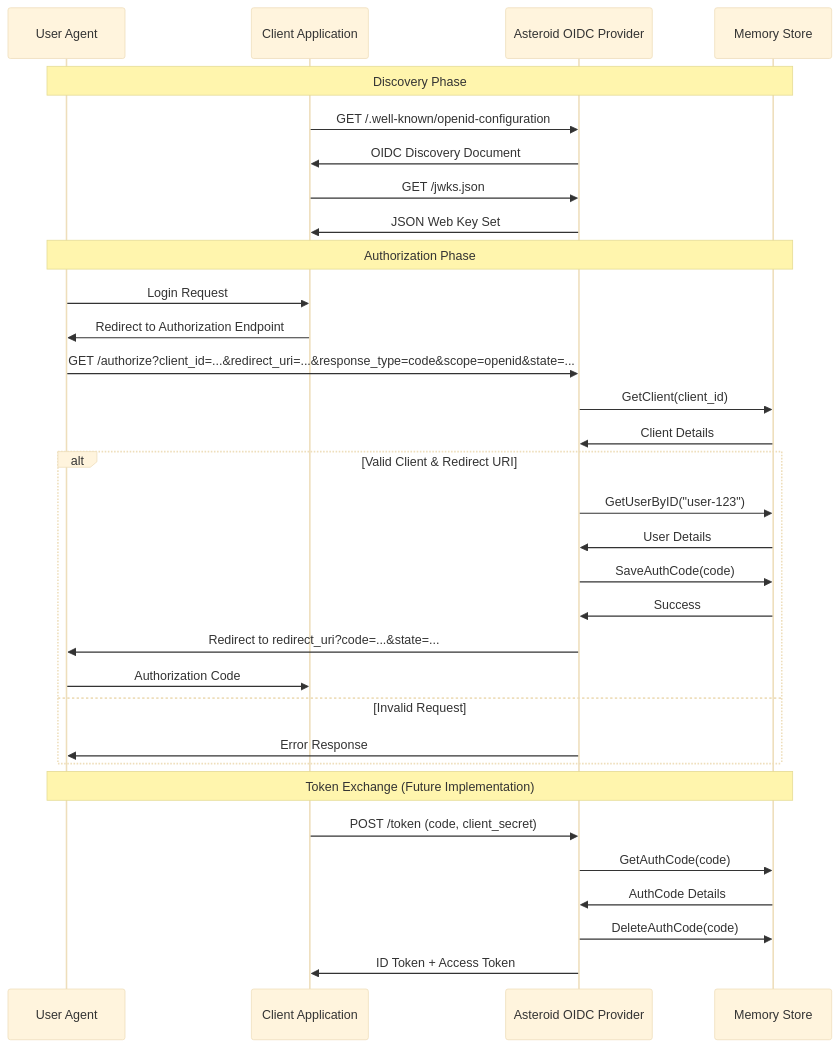
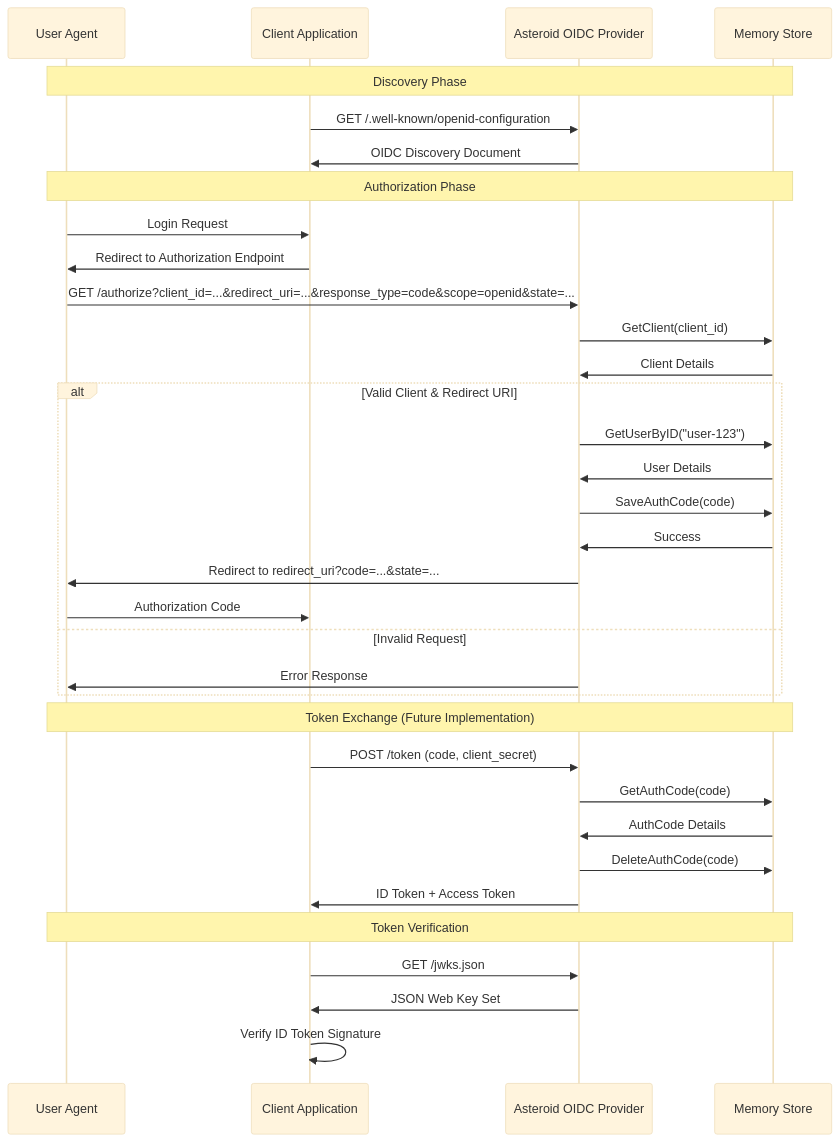
The diagram in docs/architecture.md (keix/asteroid), drawn with Mermaid (base theme) before and after one commit. The commit also changed 3 other files, not shown here.

Commit message:
Refactor OIDC authorization flow to use structured domain errors and isolate HTTP response logic

````diff
--- a/docs/architecture.md
+++ b/docs/architecture.md
@@ -7,39 +7,42 @@
 ```mermaid
 sequenceDiagram
     participant User as User Agent
     participant Client as Client Application
     participant Asteroid as Asteroid OIDC Provider
     participant Store as Memory Store
 
     Note over User,Store: Discovery Phase
     Client->>Asteroid: GET /.well-known/openid-configuration
     Asteroid->>Client: OIDC Discovery Document
-    Client->>Asteroid: GET /jwks.json
-    Asteroid->>Client: JSON Web Key Set
 
     Note over User,Store: Authorization Phase
     User->>Client: Login Request
     Client->>User: Redirect to Authorization Endpoint
     User->>Asteroid: GET /authorize?client_id=...&redirect_uri=...&response_type=code&scope=openid&state=...
 
     Asteroid->>Store: GetClient(client_id)
     Store->>Asteroid: Client Details
     
     alt Valid Client & Redirect URI
         Asteroid->>Store: GetUserByID("user-123")
         Store->>Asteroid: User Details
         Asteroid->>Store: SaveAuthCode(code)
         Store->>Asteroid: Success
         Asteroid->>User: Redirect to redirect_uri?code=...&state=...
         User->>Client: Authorization Code
     else Invalid Request
         Asteroid->>User: Error Response
     end
 
     Note over User,Store: Token Exchange (Future Implementation)
     Client->>Asteroid: POST /token (code, client_secret)
     Asteroid->>Store: GetAuthCode(code)
     Store->>Asteroid: AuthCode Details
     Asteroid->>Store: DeleteAuthCode(code)
     Asteroid->>Client: ID Token + Access Token
+
+    Note over User,Store: Token Verification
+    Client->>Asteroid: GET /jwks.json
+    Asteroid->>Client: JSON Web Key Set
+    Client->>Client: Verify ID Token Signature
 ```
````
